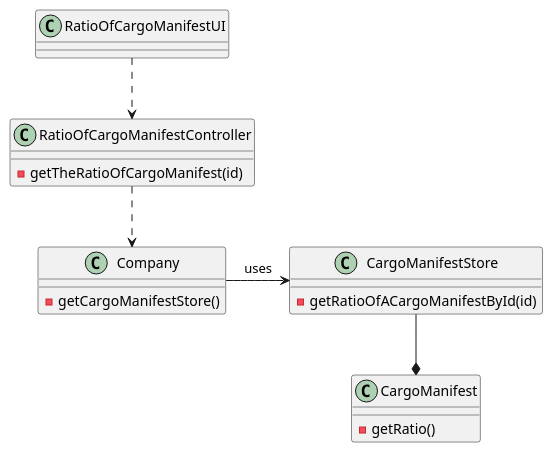
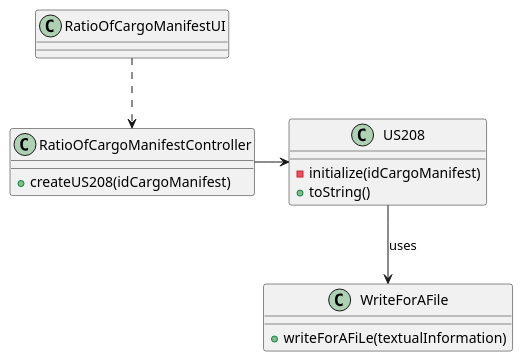
One commit to 0franciscor/lapr3-2021-g042 changed the diagram in docs/US208/CD_US208.puml. Above: the diagram before and after it, drawn with PlantUML. The commit also changed 16 other files, not shown here.

```diff
--- a/docs/US208/CD_US208.puml
+++ b/docs/US208/CD_US208.puml
@@ -1,29 +1,31 @@
 @startuml
 'https://plantuml.com/sequence-diagram
 
 class RatioOfCargoManifestUI{}
 
+
 class RatioOfCargoManifestController{
--getTheRatioOfCargoManifest(id)
++ createUS208(idCargoManifest)
 }
 
-class Company{
--getCargoManifestStore()
+
+class US208 {
+- initialize(idCargoManifest)
++ toString()
+
 }
 
-class CargoManifestStore{
--getRatioOfACargoManifestById(id)
+class WriteForAFile{
++ writeForAFiLe(textualInformation)
+
 }
 
-class CargoManifest{
--getRatio()
-}
+
+
+RatioOfCargoManifestController -> US208
+US208 --> WriteForAFile : uses
 
 RatioOfCargoManifestUI ..> RatioOfCargoManifestController
 
-RatioOfCargoManifestController ..> Company
 
-Company -> CargoManifestStore : uses
-
-CargoManifestStore --* CargoManifest
 @enduml
```
